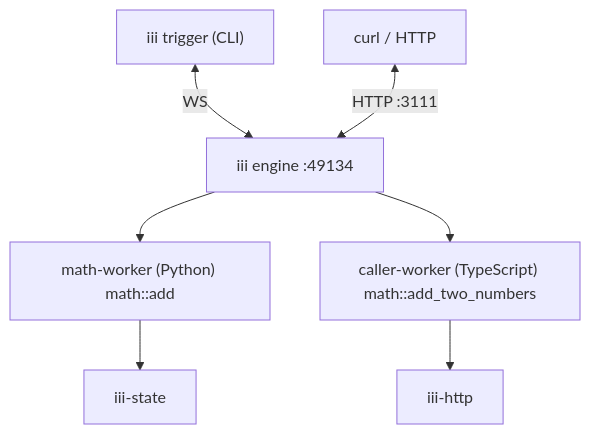
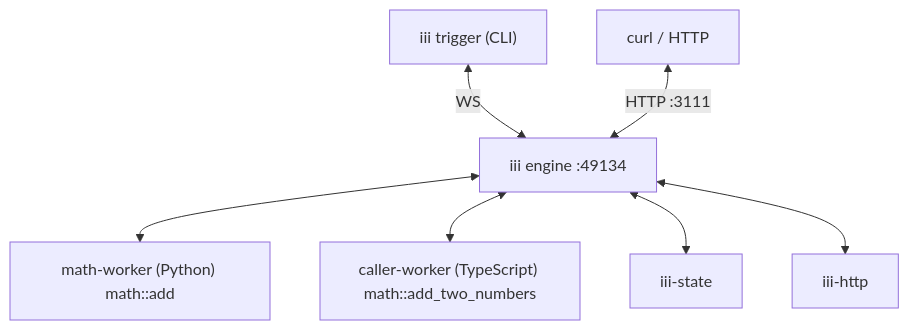
One commit to iii-hq/iii changed the diagram in docs/understanding-iii/index.mdx. Above: the diagram before and after it, drawn with Mermaid. The commit also changed other lines of this file and 1 other file, not shown here.

First line of the commit message:
understanding-iii: fix the runtime-topology mermaid diagram

````diff
--- a/docs/understanding-iii/index.mdx
+++ b/docs/understanding-iii/index.mdx
@@ -55,11 +61,10 @@
 ```mermaid
 graph TD
   CLI["iii trigger (CLI)"] <-->|WS| Engine["iii engine :49134"]
   HTTP["curl / HTTP"] <-->|HTTP :3111| Engine
 
-  Engine --> Math["math-worker (Python) math::add"]
-  Engine --> Caller["caller-worker (TypeScript) math::add_two_numbers"]
-
-  Math --> State["iii-state"]
-  Caller --> HttpWorker["iii-http"]
+  Engine <--> Math["math-worker (Python) math::add"]
+  Engine <--> Caller["caller-worker (TypeScript) math::add_two_numbers"]
+  Engine <--> State["iii-state"]
+  Engine <--> HttpWorker["iii-http"]
 ```
````
